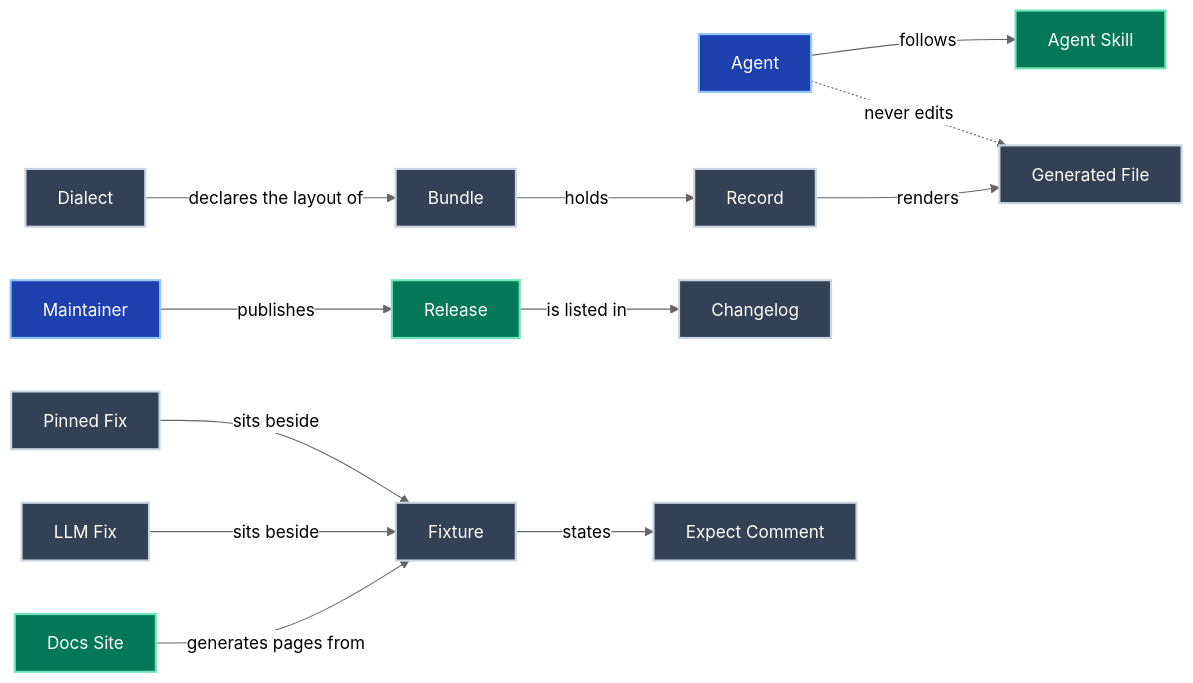
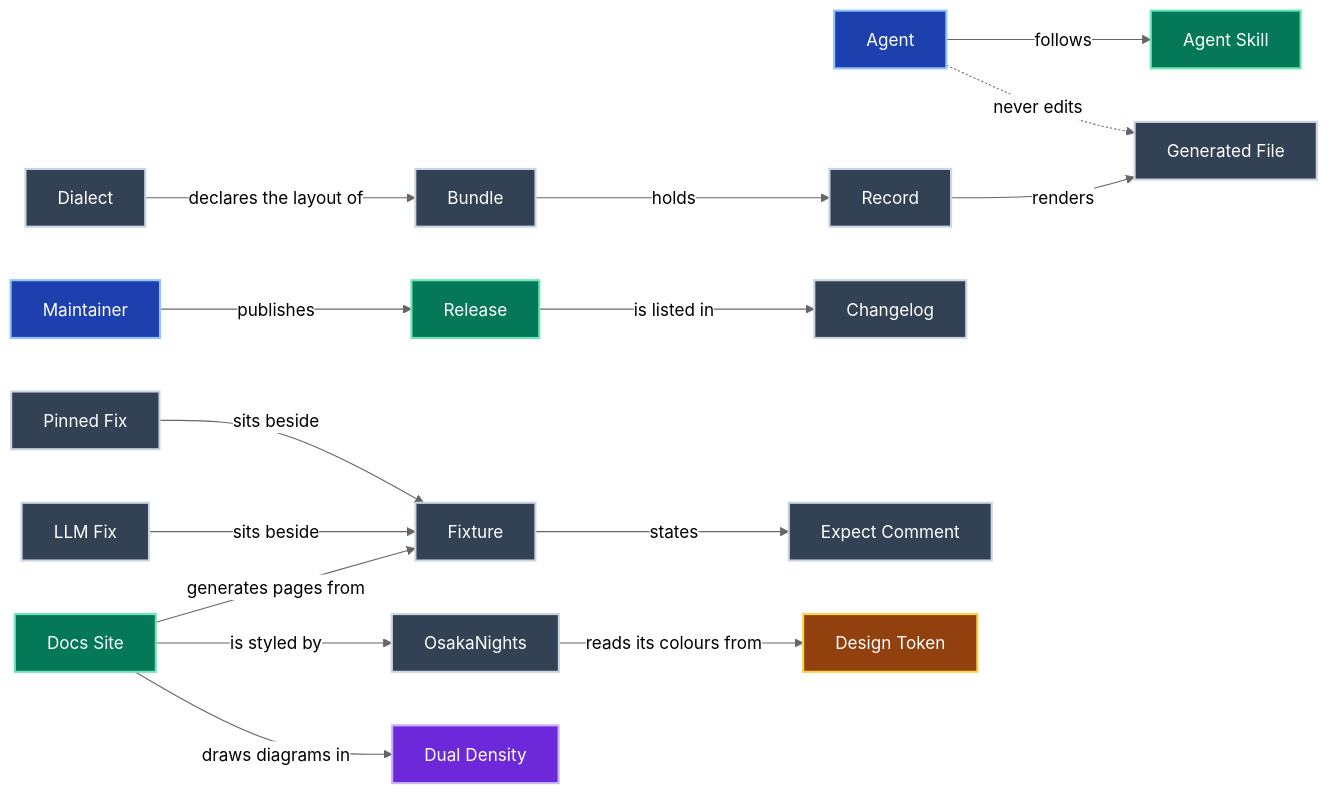
Before and after one commit to jpeakai/jpai-mermaidjs-lint: the fifth of 5 diagrams in GLOSSARY.md, drawn with Mermaid (neutral theme). The commit also changed other lines of this file, not shown here.

````diff
--- a/GLOSSARY.md
+++ b/GLOSSARY.md
@@ -148,36 +154,42 @@
 ```mermaid
 flowchart LR
     MNT["Maintainer"]:::people
     AGT["Agent"]:::people
     ASK["Agent Skill"]:::pipeline
     DLC["Dialect"]:::record
     BUN["Bundle"]:::record
     REC["Record"]:::record
     GEN["Generated File"]:::record
     REL["Release"]:::pipeline
     CHL["Changelog"]:::record
     FXT["Fixture"]:::record
     EXC["Expect Comment"]:::record
     PIN["Pinned Fix"]:::record
     LLM["LLM Fix"]:::record
     DOC["Docs Site"]:::pipeline
+    OSK["OsakaNights"]:::record
+    DTK["Design Token"]:::info
+    DUD["Dual Density"]:::rule
 
     MNT -- publishes --> REL
     REL -- is listed in --> CHL
     AGT -- follows --> ASK
     AGT -. never edits .-> GEN
     DLC -- declares the layout of --> BUN
     BUN -- holds --> REC
     REC -- renders --> GEN
     FXT -- states --> EXC
     PIN -- sits beside --> FXT
     LLM -- sits beside --> FXT
     DOC -- generates pages from --> FXT
+    DOC -- is styled by --> OSK
+    OSK -- reads its colours from --> DTK
+    DOC -- draws diagrams in --> DUD
 
     classDef people    fill:#1e40af,stroke:#93c5fd,color:#fff,stroke-width:2px
     classDef info      fill:#92400e,stroke:#fcd34d,color:#fff,stroke-width:2px
     classDef rule      fill:#6d28d9,stroke:#c4b5fd,color:#fff,stroke-width:2px
     classDef forbidden fill:#b91c1c,stroke:#fca5a5,color:#fff,stroke-width:2px
     classDef pipeline  fill:#047857,stroke:#6ee7b7,color:#fff,stroke-width:2px
     classDef record    fill:#334155,stroke:#cbd5e1,color:#fff,stroke-width:2px
 ```
````
